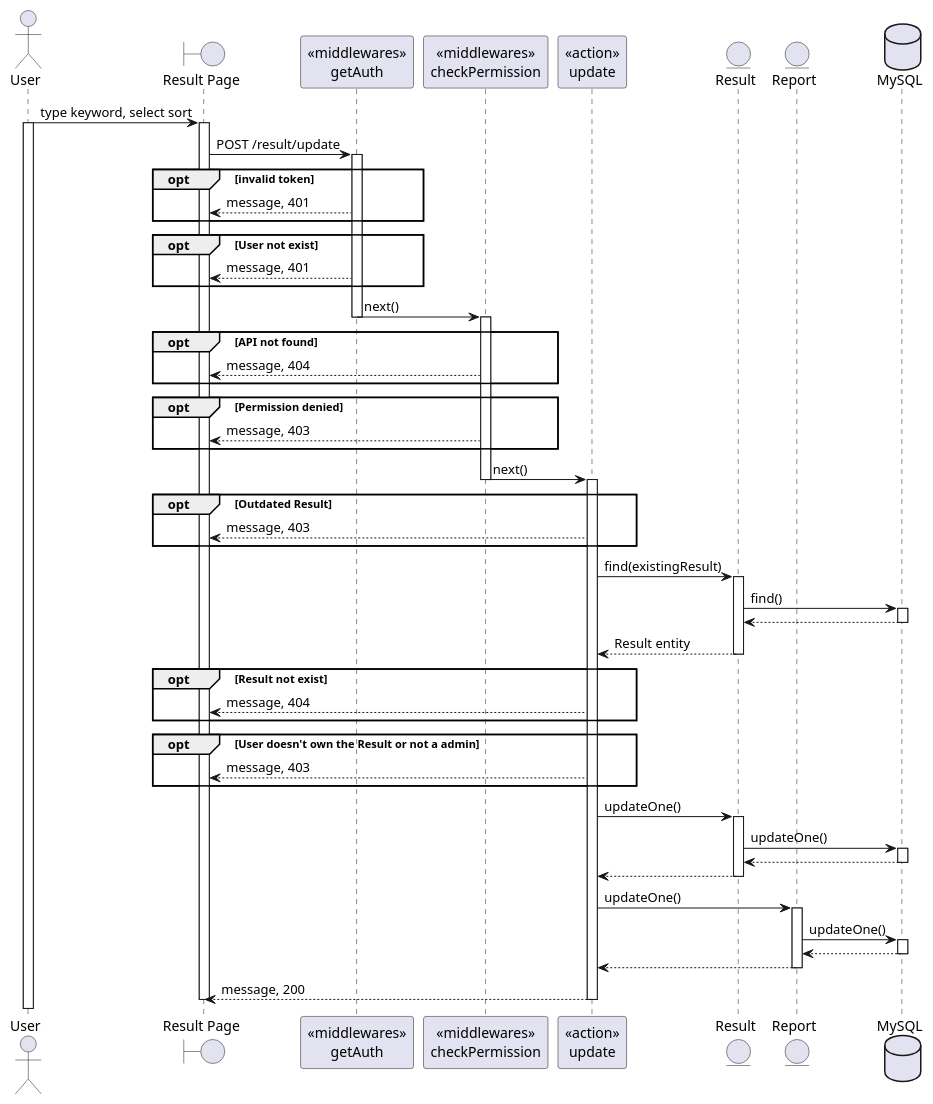
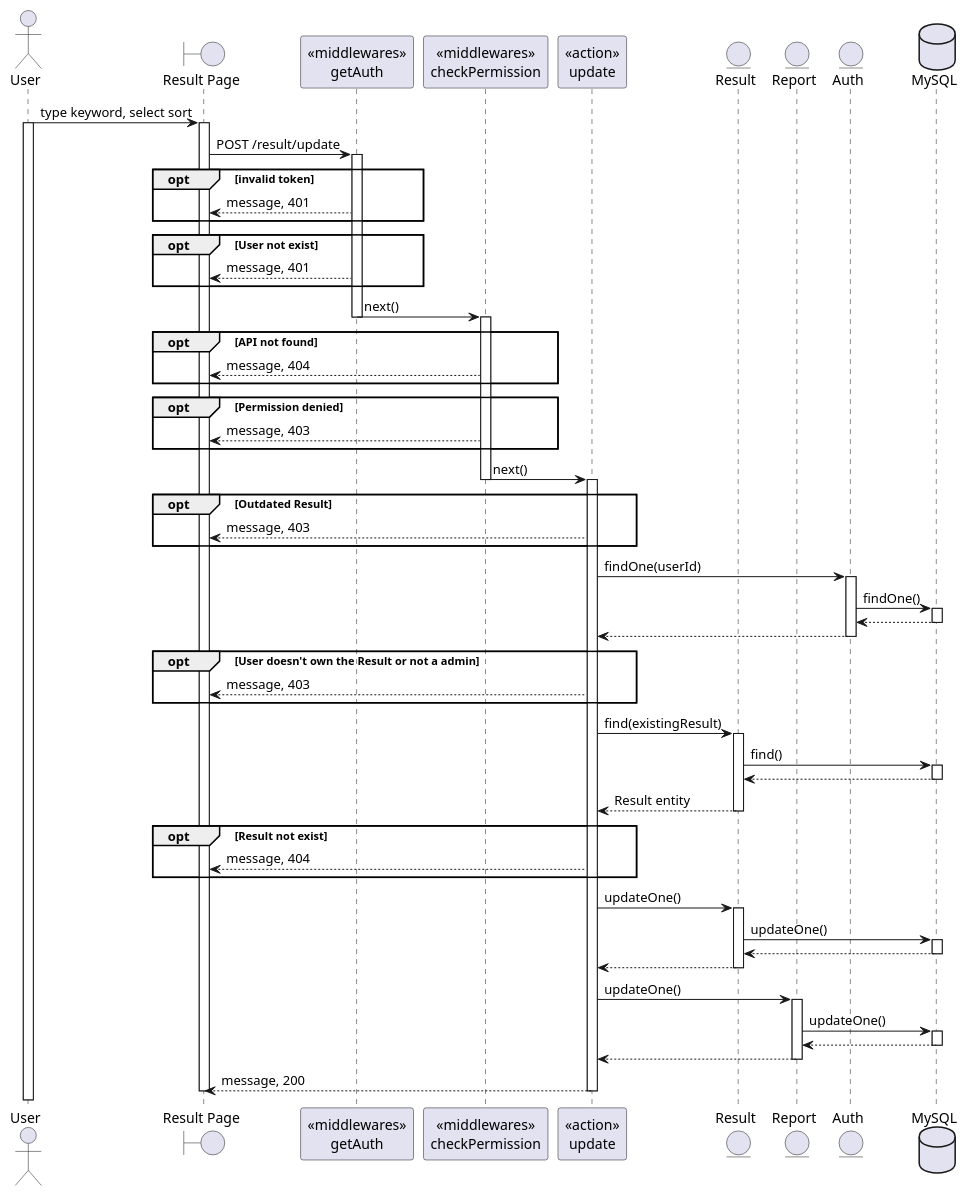
Before and after one commit to BunnyButtpowder/TeleLink-Original: the diagram in SequeceDiagram/result/update.wsd, drawn with PlantUML. The commit also changed 16 other files, not shown here.

Commit message:
finish almost all sequence diagram

```diff
--- a/SequeceDiagram/result/update.wsd
+++ b/SequeceDiagram/result/update.wsd
@@ -1,78 +1,88 @@
 @startuml
 actor User
 boundary "Result Page" as Client
 participant "<<middlewares>>\ngetAuth" as mid1
 participant "<<middlewares>>\ncheckPermission" as mid2
 participant "<<action>>\nupdate" as Controller
 entity "Result" as Model1
 entity "Report" as Model2
+entity "Auth" as Model3
+
 database "MySQL" as DB
 
 User -> Client: type keyword, select sort
 activate User
 activate Client
 Client -> mid1: POST /result/update
 activate mid1
 opt invalid token
     mid1 --> Client: message, 401
 end
 opt User not exist
     mid1 --> Client: message, 401
 end
 mid1 -> mid2: next()
 deactivate mid1
 activate mid2
 opt API not found
     mid2 --> Client: message, 404
 end
 opt Permission denied
     mid2 --> Client: message, 403
 end
 mid2 -> Controller: next()
 deactivate mid2
 activate Controller
 opt Outdated Result
 Controller --> Client: message, 403
 end
+Controller -> Model3: findOne(userId)
+activate Model3
+Model3 -> DB: findOne()
+activate DB
+DB --> Model3
+deactivate DB
+Model3 --> Controller
+deactivate Model3
+opt User doesn't own the Result or not a admin
+    Controller --> Client: message, 403
+end
 Controller -> Model1: find(existingResult)
 activate Model1
 Model1 -> DB: find()
 activate DB
 DB --> Model1
 deactivate DB
 Model1 --> Controller: Result entity
 deactivate Model1
 opt Result not exist
     Controller --> Client: message, 404
-end
-opt User doesn't own the Result or not a admin
-    Controller --> Client: message, 403
 end
 Controller -> Model1: updateOne()
 activate Model1
 Model1 -> DB: updateOne()
 activate DB
 DB --> Model1
 deactivate DB
 Model1 --> Controller
 deactivate Model1
 Controller -> Model2: updateOne()
 activate Model2
 Model2 -> DB: updateOne()
 activate DB
 DB --> Model2
 deactivate DB
 Model2 --> Controller
 deactivate Model2
 Controller --> Client: message, 200
 deactivate Controller
 
 
 
 
 
 
 
 deactivate Client
 
 @enduml
```
